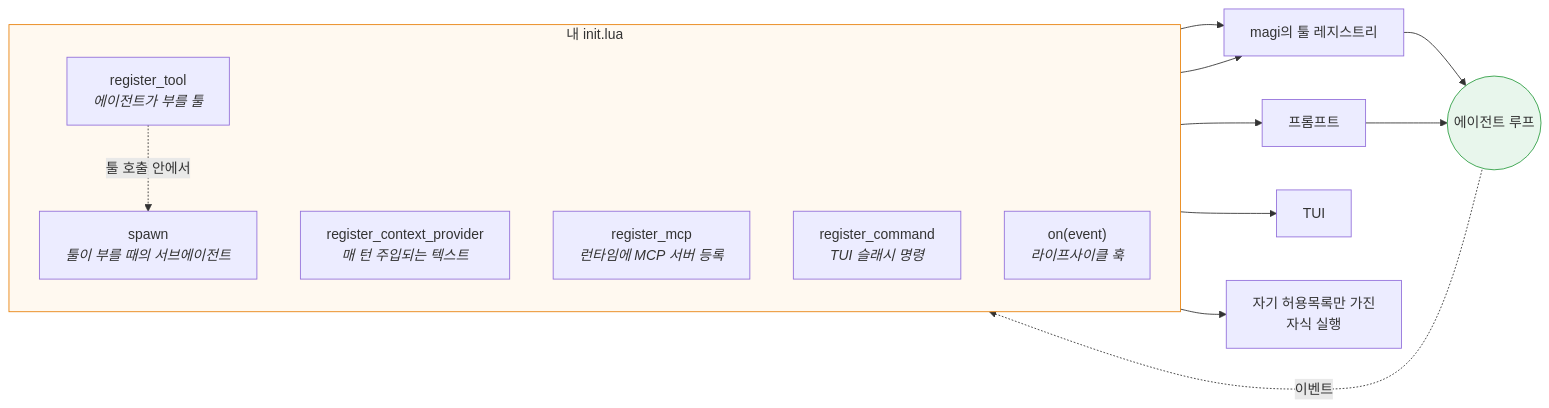
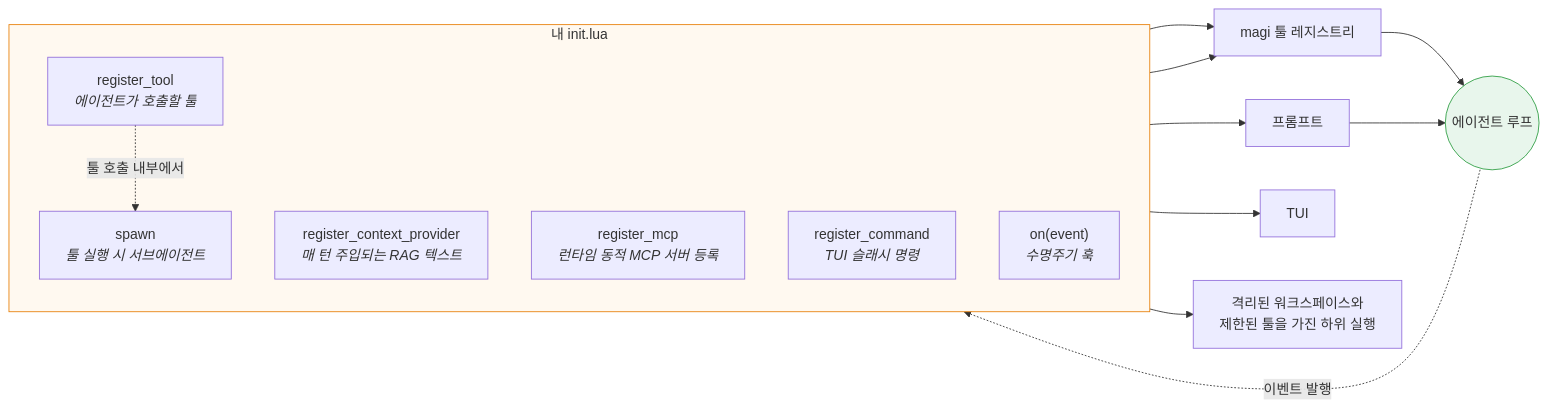
One commit to sayaya1090/magi changed the fourth of 6 diagrams in docs/EXTENDING.ko.md. Above: the diagram before and after it, drawn with Mermaid. The commit also changed other lines of this file, not shown here.

````diff
--- a/docs/EXTENDING.ko.md
+++ b/docs/EXTENDING.ko.md
@@ -372,21 +289,21 @@
 ```mermaid
 flowchart LR
     subgraph plug [내 init.lua]
         direction TB
-        T["register_tool<br/><i>에이전트가 부를 툴</i>"]
-        C["register_context_provider<br/><i>매 턴 주입되는 텍스트</i>"]
-        M["register_mcp<br/><i>런타임에 MCP 서버 등록</i>"]
+        T["register_tool<br/><i>에이전트가 호출할 툴</i>"]
+        C["register_context_provider<br/><i>매 턴 주입되는 RAG 텍스트</i>"]
+        M["register_mcp<br/><i>런타임 동적 MCP 서버 등록</i>"]
         S["register_command<br/><i>TUI 슬래시 명령</i>"]
-        H["on(event)<br/><i>라이프사이클 훅</i>"]
-        SP["spawn<br/><i>툴이 부를 때의 서브에이전트</i>"]
+        H["on(event)<br/><i>수명주기 훅</i>"]
+        SP["spawn<br/><i>툴 실행 시 서브에이전트</i>"]
     end
-    T --> REG[magi의 툴 레지스트리] --> AG((에이전트 루프))
+    T --> REG[magi 툴 레지스트리] --> AG((에이전트 루프))
     M --> REG
     C --> PR[프롬프트] --> AG
     S --> UI[TUI]
-    AG -.->|이벤트| H
-    T -.->|툴 호출 안에서| SP --> CH[자기 허용목록만 가진<br/>자식 실행]
+    AG -.->|이벤트 발행| H
+    T -.->|툴 호출 내부에서| SP --> CH[격리된 워크스페이스와<br/>제한된 툴을 가진 하위 실행]
 
     style AG fill:#e8f6ec,stroke:#2f9e44
     style plug fill:#fff9f0,stroke:#e8820c
 ```
````
